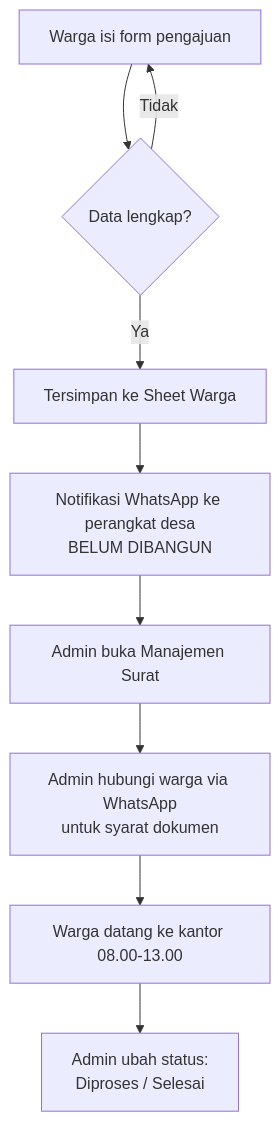
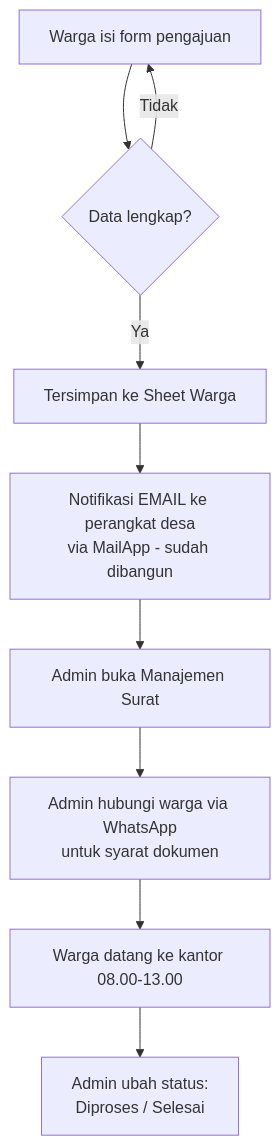
The second of 3 diagrams in docs/cms-gap-analysis.md (rahmanzaky/sumberagung-mmd26-website), drawn with Mermaid before and after one commit. The commit also changed other lines of this file and 21 other files, not shown here.

````diff
--- a/docs/cms-gap-analysis.md
+++ b/docs/cms-gap-analysis.md
@@ -235,11 +237,11 @@
 ```mermaid
 flowchart TD
     A[Warga isi form pengajuan] --> B{Data lengkap?}
     B -->|Tidak| A
     B -->|Ya| C[Tersimpan ke Sheet Warga]
-    C --> D[Notifikasi WhatsApp ke perangkat desa<br/>BELUM DIBANGUN]
+    C --> D[Notifikasi EMAIL ke perangkat desa<br/>via MailApp - sudah dibangun]
     D --> E[Admin buka Manajemen Surat]
     E --> F[Admin hubungi warga via WhatsApp<br/>untuk syarat dokumen]
     F --> G[Warga datang ke kantor 08.00-13.00]
     G --> H[Admin ubah status:<br/>Diproses / Selesai]
 ```
````
